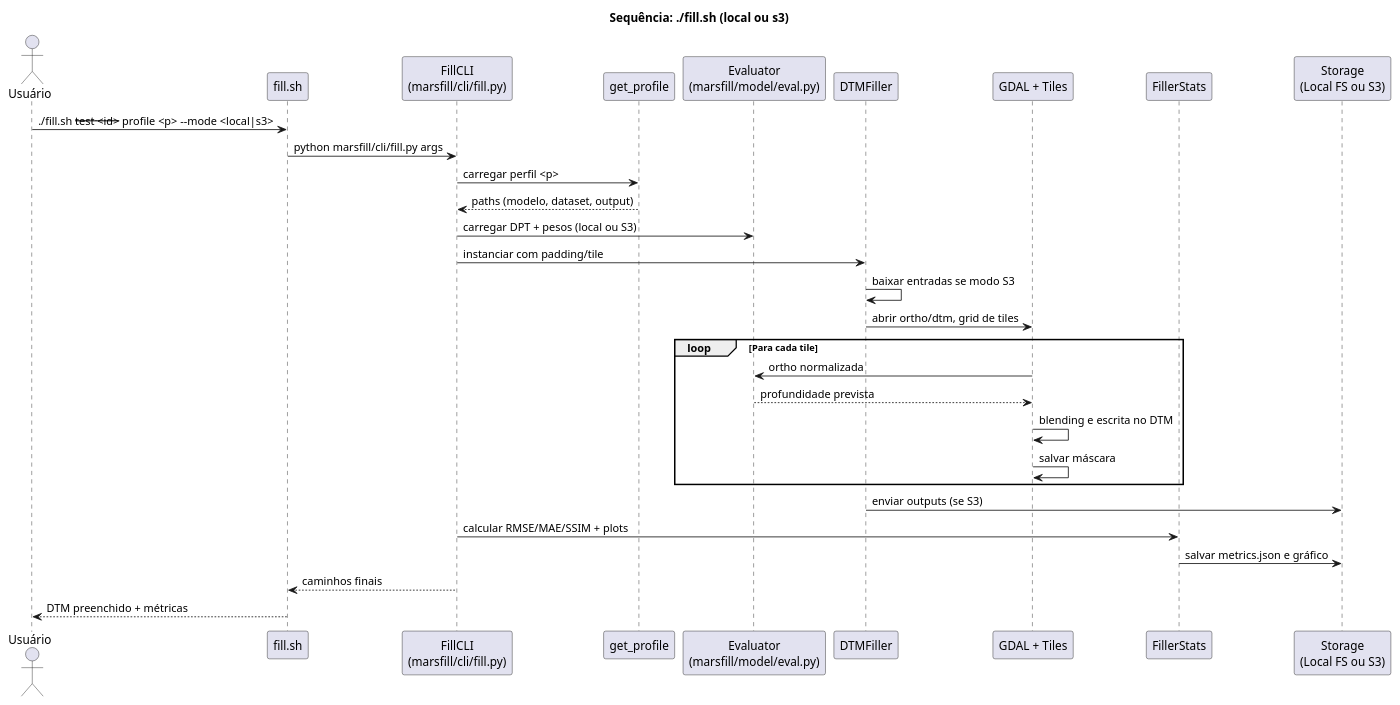
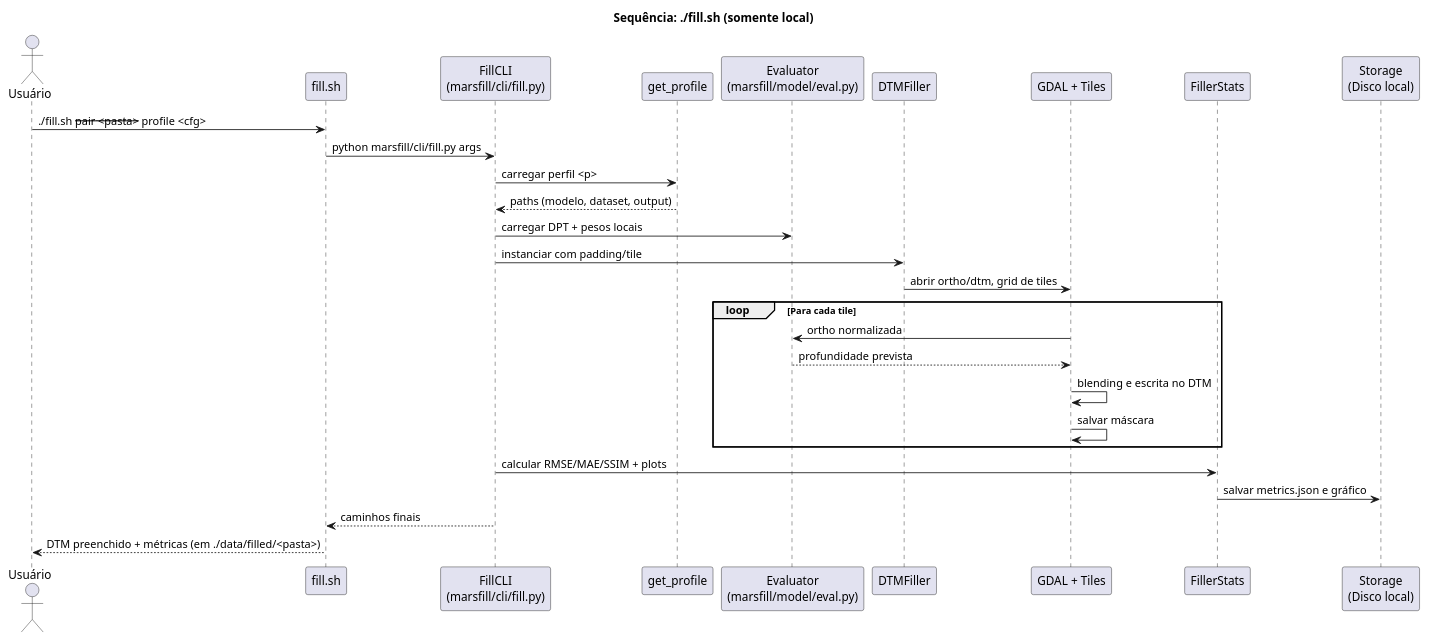
The diagram in docs/diagrams/fill_sequence.puml (b-holanda/HiRISE-DTM-FILL), drawn with PlantUML before and after one commit. The commit also changed 10 other files, not shown here.

Commit message:
feat: Refactor pipeline to operate exclusively in local mode; update documentation and tests accordingly

```diff
--- a/docs/diagrams/fill_sequence.puml
+++ b/docs/diagrams/fill_sequence.puml
@@ -1,34 +1,32 @@
 @startuml FillPipeline
-title Sequência: ./fill.sh (local ou s3)
+title Sequência: ./fill.sh (somente local)
 
 actor Usuário
 participant "fill.sh" as Shell
 participant "FillCLI\n(marsfill/cli/fill.py)" as CLI
 participant "get_profile" as Profile
 participant "Evaluator\n(marsfill/model/eval.py)" as Eval
 participant "DTMFiller" as Filler
 participant "GDAL + Tiles" as GDAL
 participant "FillerStats" as Stats
-participant "Storage\n(Local FS ou S3)" as Storage
+participant "Storage\n(Disco local)" as Storage
 
-Usuário -> Shell: ./fill.sh --test <id> --profile <p> --mode <local|s3>
+Usuário -> Shell: ./fill.sh --pair <pasta> --profile <cfg>
 Shell -> CLI: python marsfill/cli/fill.py args
 CLI -> Profile: carregar perfil <p>
 Profile --> CLI: paths (modelo, dataset, output)
-CLI -> Eval: carregar DPT + pesos (local ou S3)
+CLI -> Eval: carregar DPT + pesos locais
 CLI -> Filler: instanciar com padding/tile
-Filler -> Filler: baixar entradas se modo S3
 Filler -> GDAL: abrir ortho/dtm, grid de tiles
 loop Para cada tile
   GDAL -> Eval: ortho normalizada
   Eval --> GDAL: profundidade prevista
   GDAL -> GDAL: blending e escrita no DTM
   GDAL -> GDAL: salvar máscara
 end
-Filler -> Storage: enviar outputs (se S3)
 CLI -> Stats: calcular RMSE/MAE/SSIM + plots
 Stats -> Storage: salvar metrics.json e gráfico
 CLI --> Shell: caminhos finais
-Shell --> Usuário: DTM preenchido + métricas
+Shell --> Usuário: DTM preenchido + métricas (em ./data/filled/<pasta>)
 
 @enduml
```
